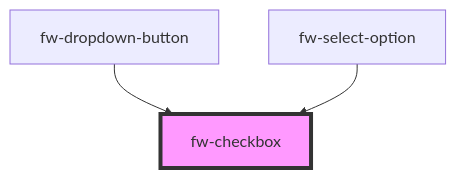
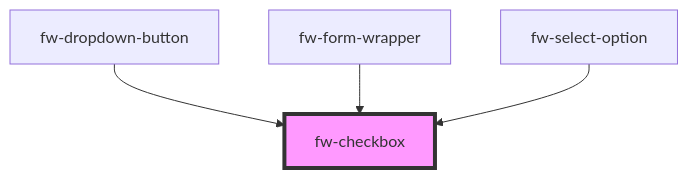
One commit to freshworks/crayons changed the diagram in packages/crayons-core/src/components/checkbox/readme.md. Above: the diagram before and after it, drawn with Mermaid. The commit also changed other lines of this file and 9 other files, not shown here.

````diff
--- a/packages/crayons-core/src/components/checkbox/readme.md
+++ b/packages/crayons-core/src/components/checkbox/readme.md
@@ -67,6 +85,7 @@
 ```mermaid
 graph TD;
   fw-dropdown-button --> fw-checkbox
+  fw-form-wrapper --> fw-checkbox
   fw-select-option --> fw-checkbox
   style fw-checkbox fill:#f9f,stroke:#333,stroke-width:4px
 ```
````
